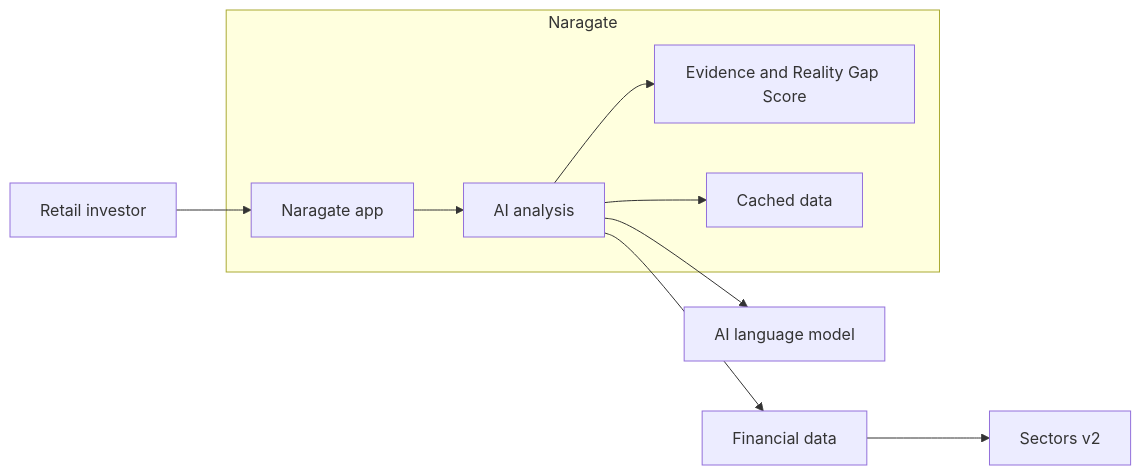
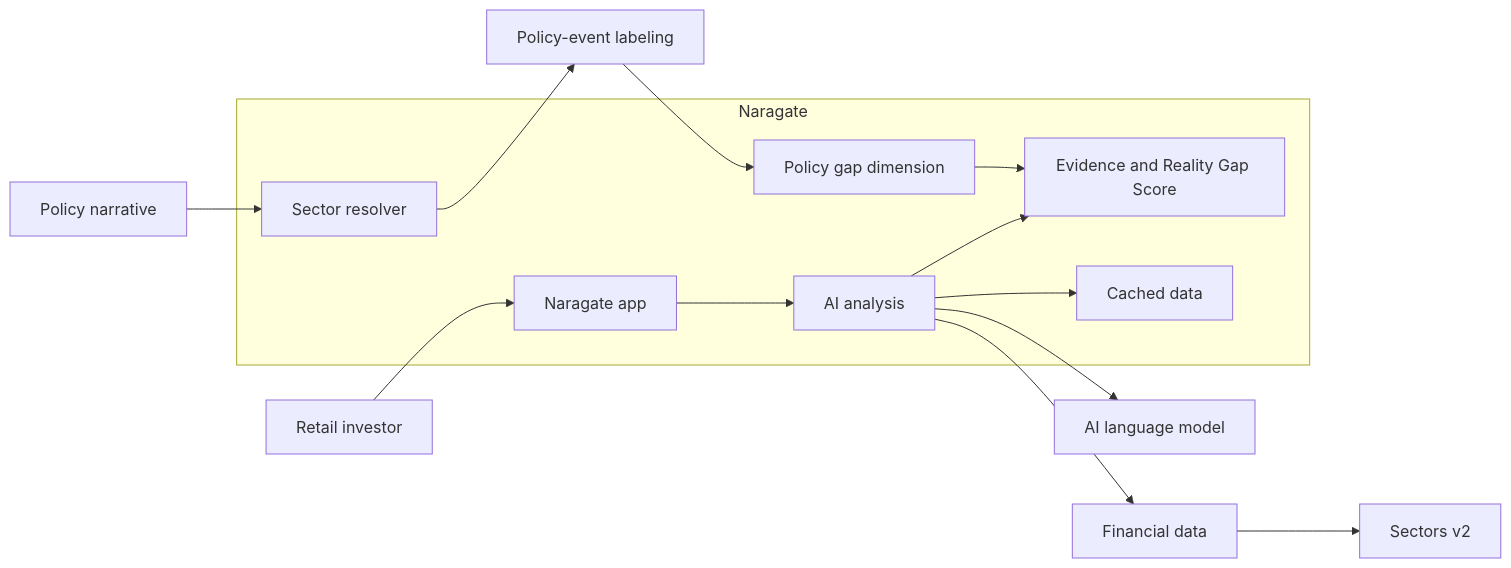
The diagram in README.md (masdevid/naragate), drawn with Mermaid before and after one commit. The commit also changed other lines of this file, not shown here.

Commit message:
Update README: hackathon headline, feature build, policy amplifier highlights

````diff
--- a/README.md
+++ b/README.md
@@ -57,17 +112,23 @@
 ```mermaid
 flowchart LR
   User[Retail investor] --> App[Naragate app]
   App --> Analysis[AI analysis]
   Analysis --> Result[Evidence and Reality Gap Score]
   Analysis --> Data[Financial data]
   Data --> Sectors[Sectors v2]
   Analysis --> Cache[Cached data]
   Analysis --> LLM[AI language model]
+  Policy[Policy narrative] --> Resolver[Sector resolver]
+  Resolver --> PolicyEvidence[Policy-event labeling]
+  PolicyEvidence --> Scorer[Policy gap dimension]
+  Scorer --> Result
 
   subgraph Naragate[Naragate]
     App
     Analysis
     Result
     Cache
+    Resolver
+    Scorer
   end
 ```
````
